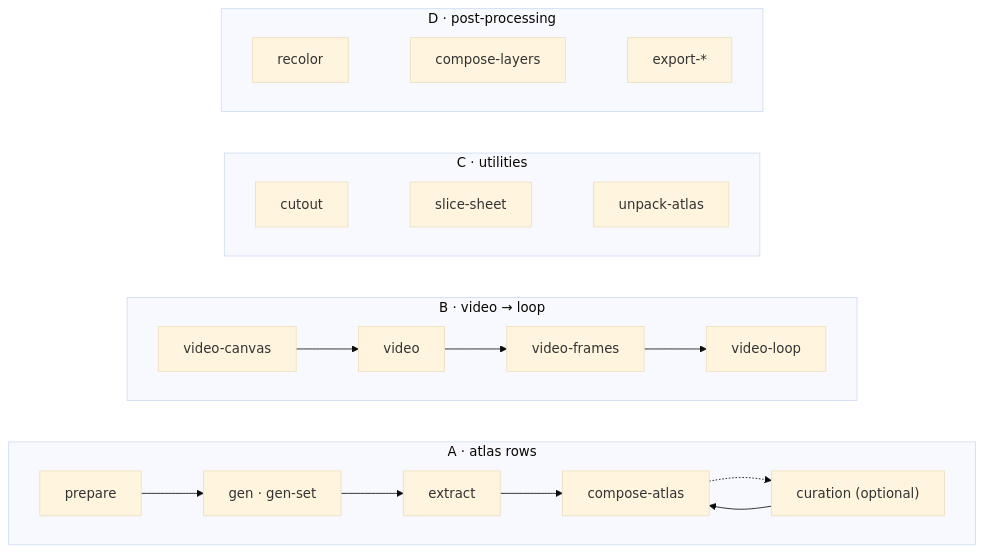
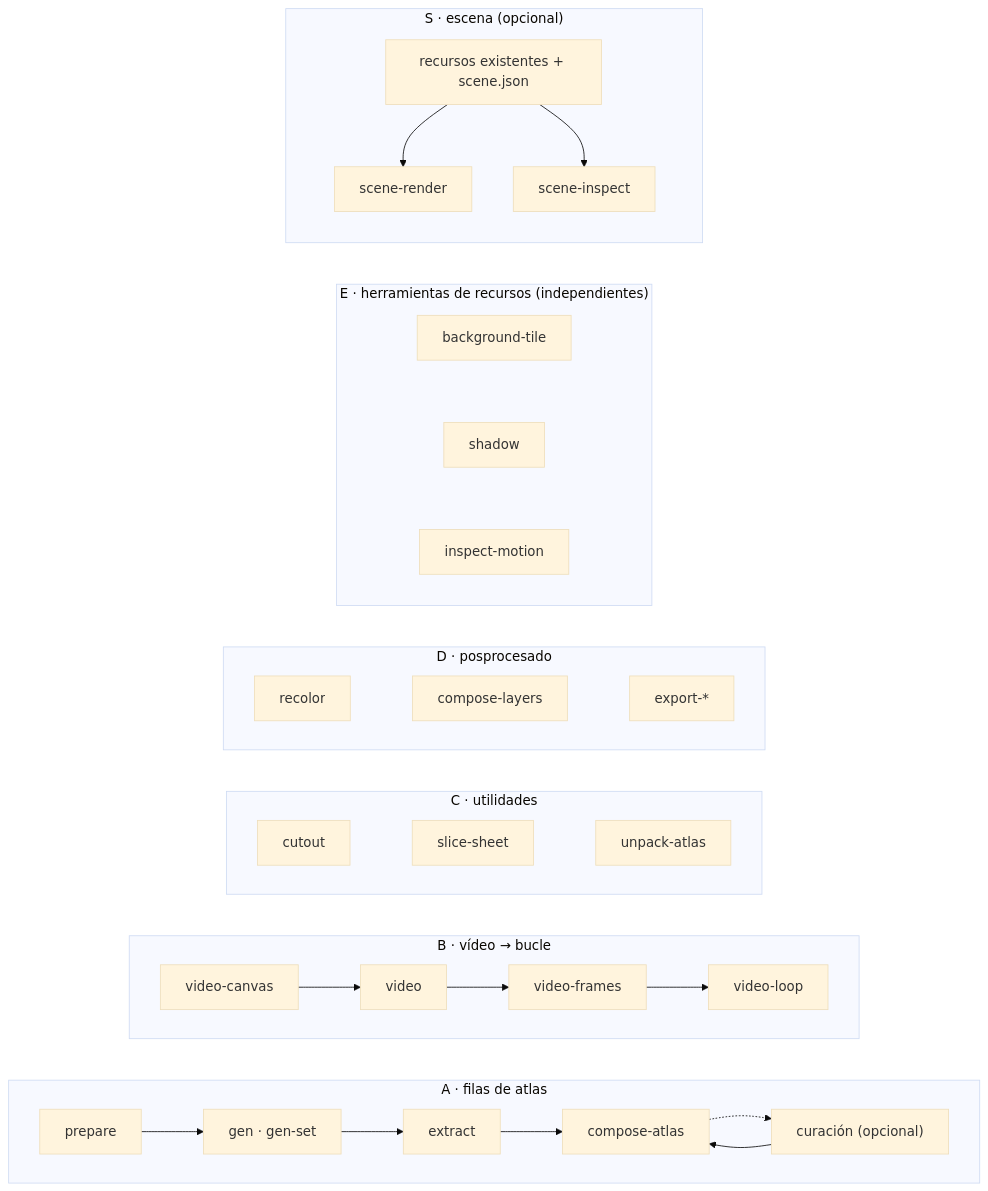
The diagram in mirrors/repos/aldegad@sprite-gen/README.es.md (gabrielmoreira/agent-skills-mirror), drawn with Mermaid (base theme) before and after one commit. The commit also changed other lines of this file and 5722 other files, not shown here.

````diff
--- a/mirrors/repos/aldegad@sprite-gen/README.es.md
+++ b/mirrors/repos/aldegad@sprite-gen/README.es.md
@@ -32,21 +37,28 @@
 ```mermaid
 flowchart LR
-    subgraph A["A · atlas rows"]
+    subgraph A["A · filas de atlas"]
         direction LR
         a1[prepare] --> a2["gen · gen-set"] --> a3[extract] --> a5[compose-atlas]
-        a5 -.-> a4["curation (optional)"]
+        a5 -.-> a4["curación (opcional)"]
         a4 --> a5
     end
-    subgraph B["B · video → loop"]
+    subgraph B["B · vídeo → bucle"]
         direction LR
         b1[video-canvas] --> b2[video] --> b3[video-frames] --> b4[video-loop]
     end
-    subgraph C["C · utilities"]
+    subgraph C["C · utilidades"]
         direction LR
         c1[cutout] ~~~ c2[slice-sheet] ~~~ c3[unpack-atlas]
     end
-    subgraph D["D · post-processing"]
+    subgraph D["D · posprocesado"]
         direction LR
         d1[recolor] ~~~ d2[compose-layers] ~~~ d3[export-*]
     end
+    subgraph E["E · herramientas de recursos (independientes)"]
+        e1[background-tile] ~~~ e2[shadow] ~~~ e3[inspect-motion]
+    end
+    subgraph S["S · escena (opcional)"]
+        s1["recursos existentes + scene.json"] --> s2[scene-render]
+        s1 --> s3[scene-inspect]
+    end
 ```
````
